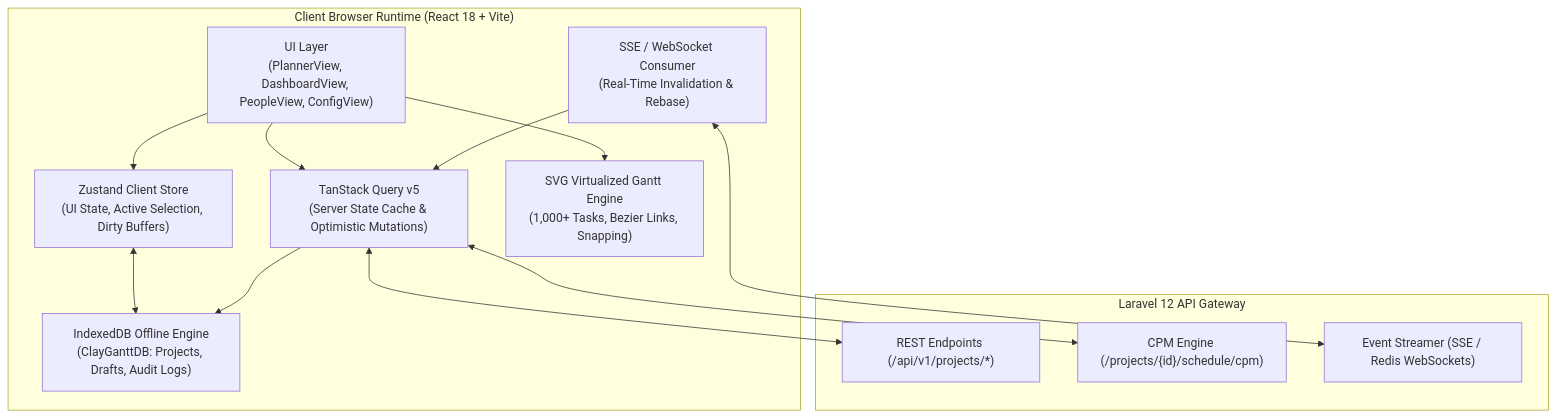
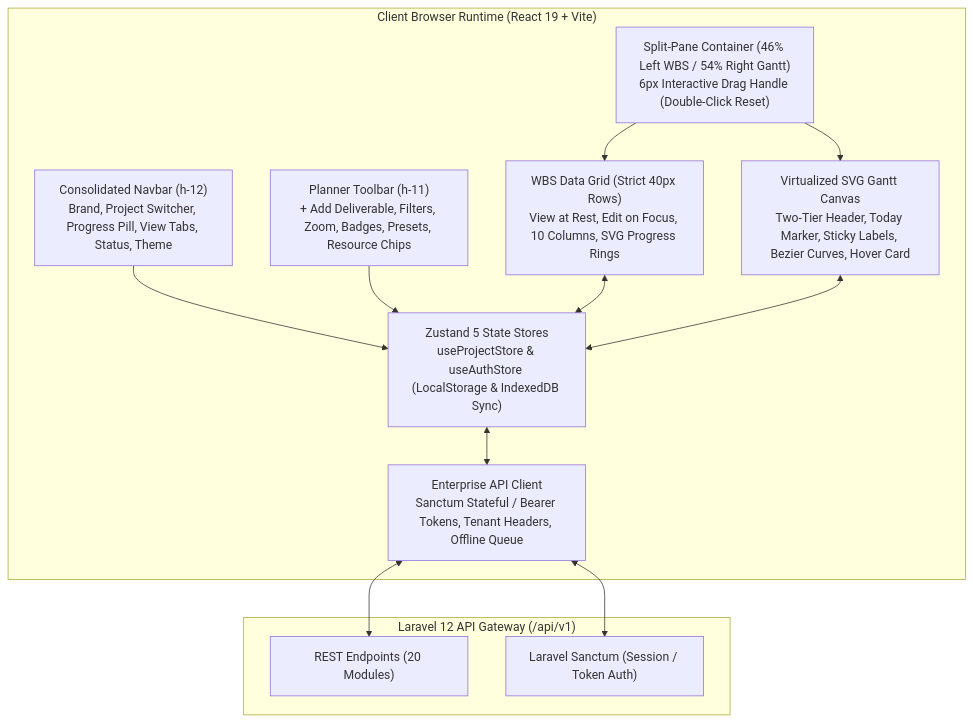
One commit to mohamedsalama175/Project-managment changed the diagram in docs/07-FRONTEND-ARCHITECTURE.md. Above: the diagram before and after it, drawn with Mermaid. The commit also changed other lines of this file and 244 other files, not shown here.

Commit message:
feat: add core project management backend modules, frontend views, and documentation

````diff
--- a/docs/07-FRONTEND-ARCHITECTURE.md
+++ b/docs/07-FRONTEND-ARCHITECTURE.md
@@ -14,27 +15,27 @@
 ```mermaid
 graph TD
-    subgraph Client ["Client Browser Runtime (React 18 + Vite)"]
-        UI["UI Layer<br/>(PlannerView, DashboardView, PeopleView, ConfigView)"]
-        Zustand["Zustand Client Store<br/>(UI State, Active Selection, Dirty Buffers)"]
-        Query["TanStack Query v5<br/>(Server State Cache & Optimistic Mutations)"]
-        Dexie["IndexedDB Offline Engine<br/>(ClayGanttDB: Projects, Drafts, Audit Logs)"]
-        GanttEngine["SVG Virtualized Gantt Engine<br/>(1,000+ Tasks, Bezier Links, Snapping)"]
-        SSE["SSE / WebSocket Consumer<br/>(Real-Time Invalidation & Rebase)"]
+    subgraph Client ["Client Browser Runtime (React 19 + Vite)"]
+        Navbar["Consolidated Navbar (h-12)<br/>Brand, Project Switcher, Progress Pill, View Tabs, Status, Theme"]
+        Toolbar["Planner Toolbar (h-11)<br/>+ Add Deliverable, Filters, Zoom, Badges, Presets, Resource Chips"]
+        SplitPane["Split-Pane Container (46% Left WBS / 54% Right Gantt)<br/>6px Interactive Drag Handle (Double-Click Reset)"]
+        WBSTable["WBS Data Grid (Strict 40px Rows)<br/>View at Rest, Edit on Focus, 10 Columns, SVG Progress Rings"]
+        GanttCanvas["Virtualized SVG Gantt Canvas<br/>Two-Tier Header, Today Marker, Sticky Labels, Bezier Curves, Hover Card"]
+        Zustand["Zustand 5 State Stores<br/>useProjectStore & useAuthStore (LocalStorage & IndexedDB Sync)"]
+        ApiClient["Enterprise API Client<br/>Sanctum Stateful / Bearer Tokens, Tenant Headers, Offline Queue"]
     end
 
-    subgraph Backend ["Laravel 12 API Gateway"]
-        API["REST Endpoints (/api/v1/projects/*)"]
-        CPM["CPM Engine (/projects/{id}/schedule/cpm)"]
-        Broadcaster["Event Streamer (SSE / Redis WebSockets)"]
+    subgraph Backend ["Laravel 12 API Gateway (/api/v1)"]
+        API["REST Endpoints (20 Modules)"]
+        Sanctum["Laravel Sanctum (Session / Token Auth)"]
     end
 
-    UI --> Zustand
-    UI --> GanttEngine
-    UI --> Query
-    Query <--> API
-    Query <--> CPM
-    SSE <--> Broadcaster
-    SSE --> Query
-    Zustand <--> Dexie
-    Query --> Dexie
+    Navbar --> Zustand
+    Toolbar --> Zustand
+    SplitPane --> WBSTable
+    SplitPane --> GanttCanvas
+    WBSTable <--> Zustand
+    GanttCanvas <--> Zustand
+    Zustand <--> ApiClient
+    ApiClient <--> API
+    ApiClient <--> Sanctum
 ```
````
